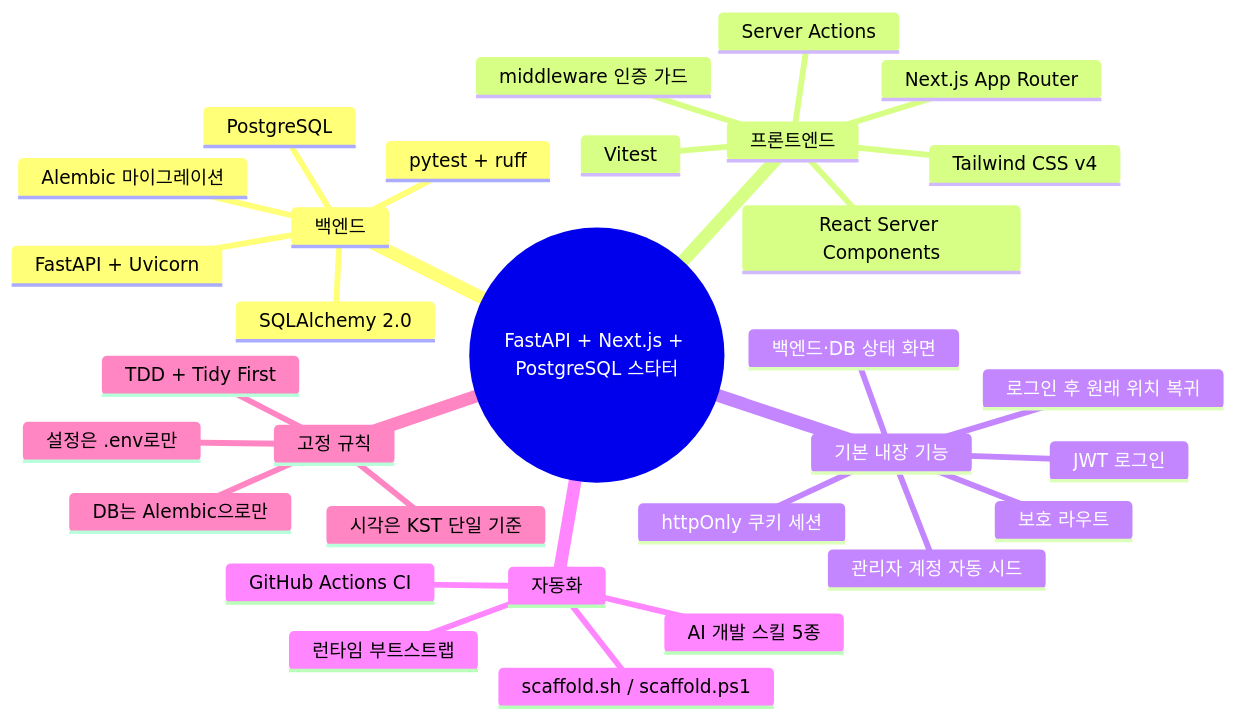
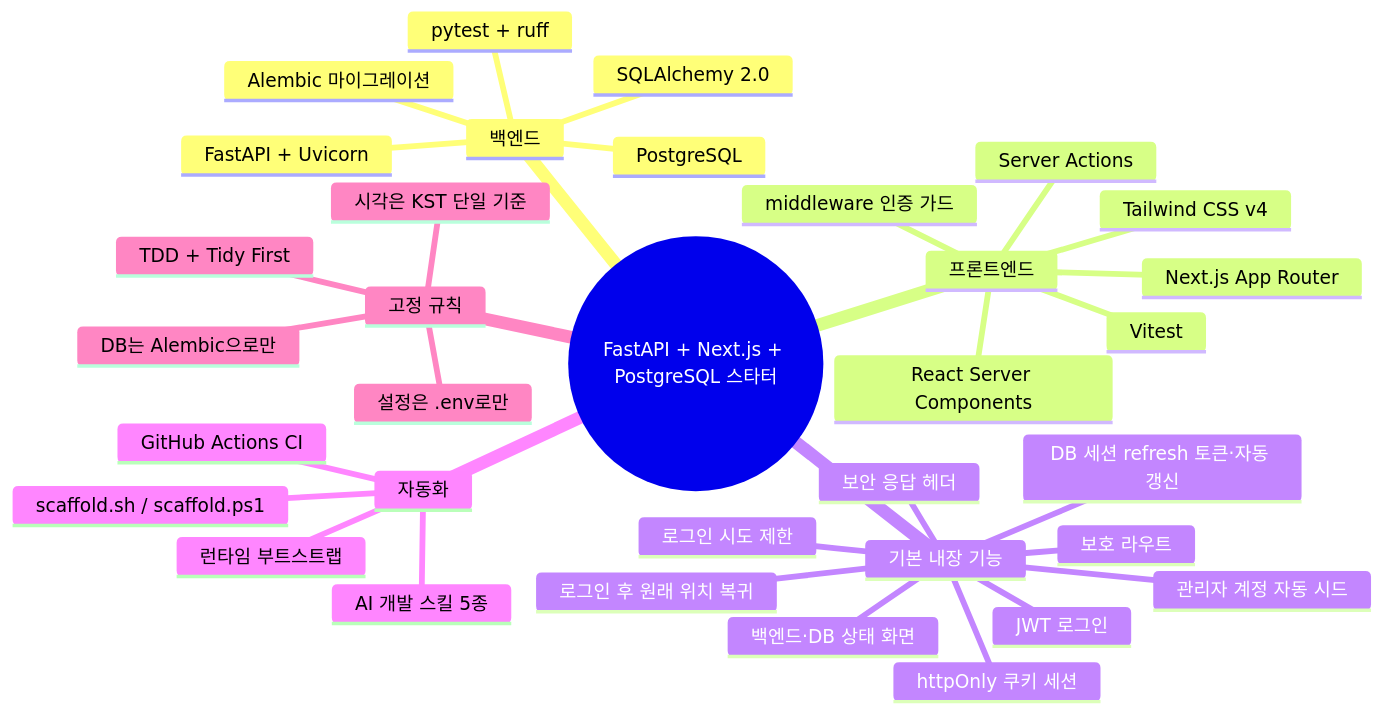
The first of 4 diagrams in README.md (al8bright/fastapi-nextjs-pg-starter), drawn with Mermaid before and after one commit. The commit also changed other lines of this file and 8 other files, not shown here.

````diff
--- a/README.md
+++ b/README.md
@@ -31,34 +31,37 @@
 ```mermaid
 mindmap
   root((FastAPI + Next.js + PostgreSQL 스타터))
     백엔드
       FastAPI + Uvicorn
       SQLAlchemy 2.0
       Alembic 마이그레이션
       pytest + ruff
       PostgreSQL
     프론트엔드
       Next.js App Router
       React Server Components
       Server Actions
       middleware 인증 가드
       Tailwind CSS v4
       Vitest
     기본 내장 기능
       JWT 로그인
+      DB 세션 refresh 토큰·자동 갱신
       httpOnly 쿠키 세션
+      로그인 시도 제한
+      보안 응답 헤더
       관리자 계정 자동 시드
       보호 라우트
       로그인 후 원래 위치 복귀
       백엔드·DB 상태 화면
     자동화
       scaffold.sh / scaffold.ps1
       런타임 부트스트랩
       GitHub Actions CI
       AI 개발 스킬 5종
     고정 규칙
       DB는 Alembic으로만
       설정은 .env로만
       시각은 KST 단일 기준
       TDD + Tidy First
 ```
````
